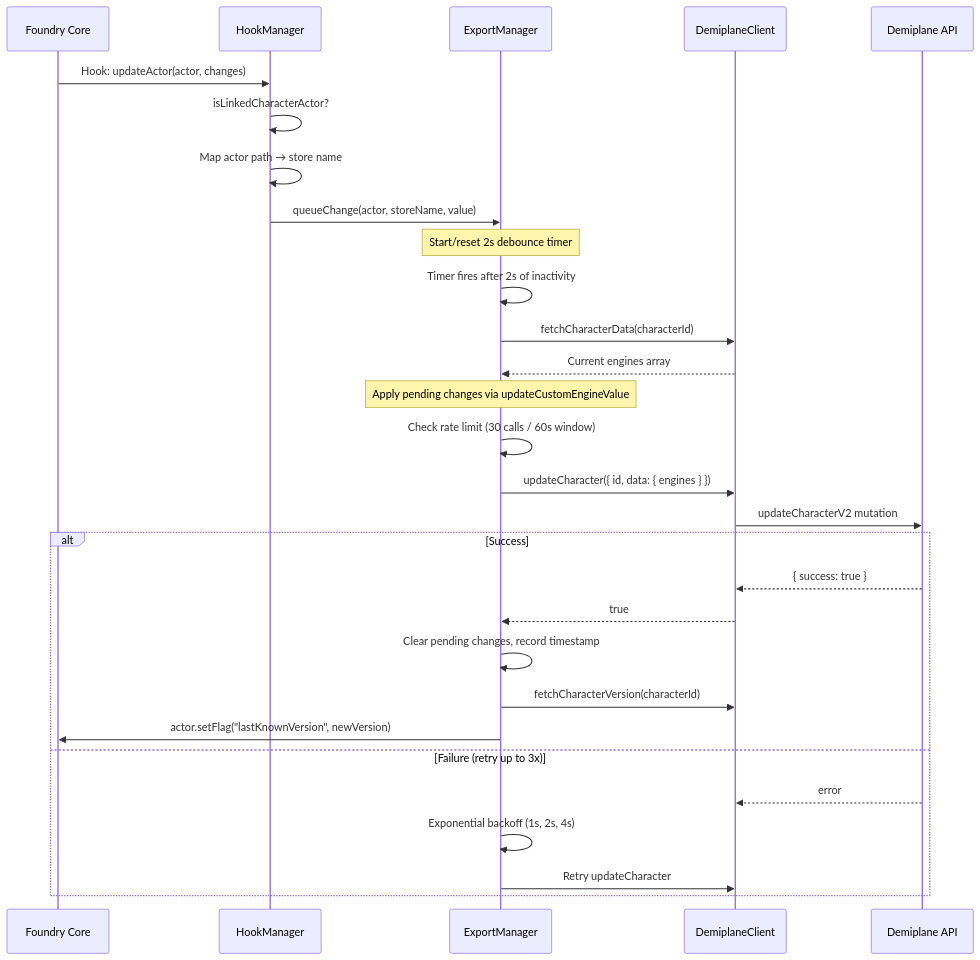
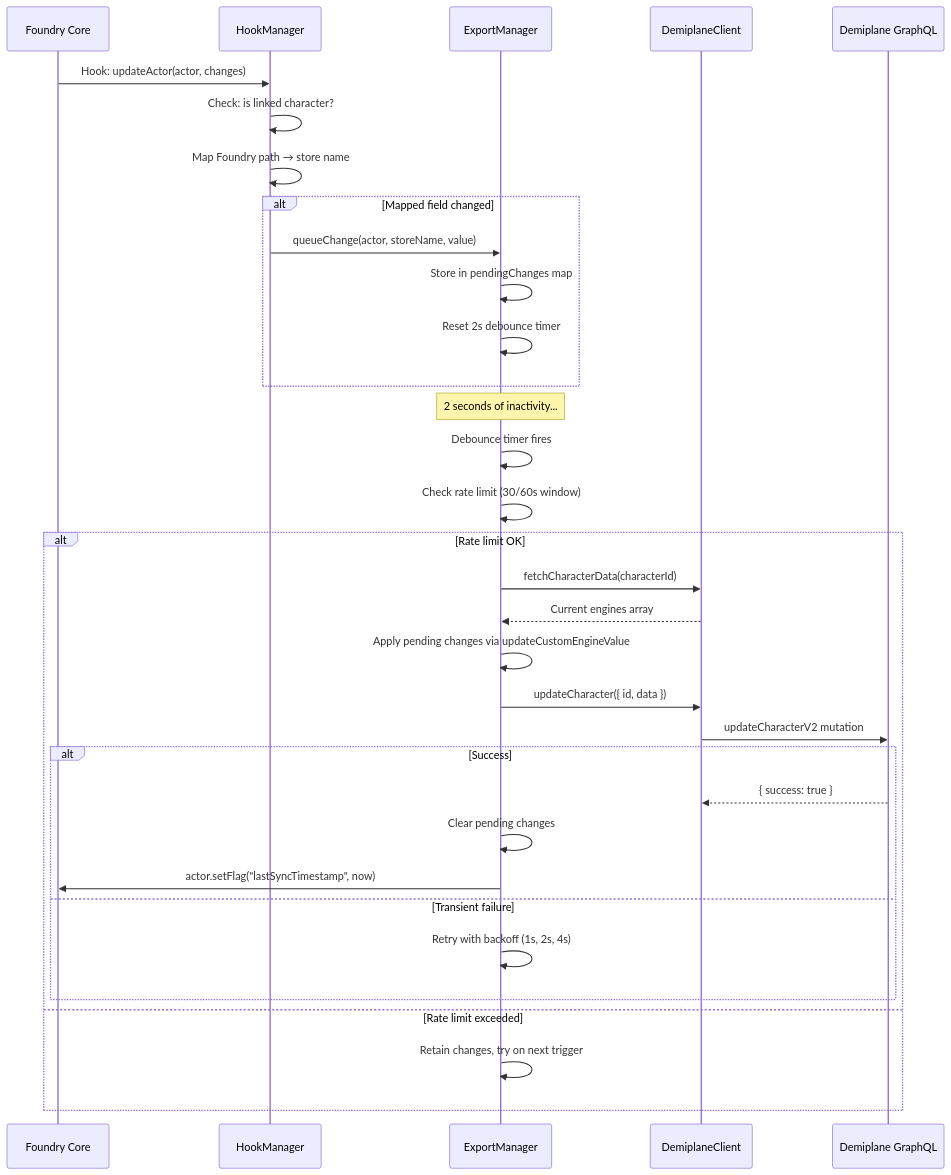
Before and after one commit to scooper4711/demiplane-pf2e: the fifth of 7 diagrams in docs/ARCHITECTURE.md, drawn with Mermaid. The commit also changed other lines of this file and 2 other files, not shown here.

Commit message:
docs: Updated architecture and design docs based on latest changes

````diff
--- a/docs/ARCHITECTURE.md
+++ b/docs/ARCHITECTURE.md
@@ -119,37 +343,42 @@
 ```mermaid
 sequenceDiagram
     participant Foundry as Foundry Core
     participant HM as HookManager
     participant EM as ExportManager
     participant DC as DemiplaneClient
-    participant API as Demiplane API
+    participant API as Demiplane GraphQL
 
     Foundry->>HM: Hook: updateActor(actor, changes)
-    HM->>HM: isLinkedCharacterActor?
-    HM->>HM: Map actor path → store name
-    HM->>EM: queueChange(actor, storeName, value)
+    HM->>HM: Check: is linked character?
+    HM->>HM: Map Foundry path → store name
 
-    Note over EM: Start/reset 2s debounce timer
+    alt Mapped field changed
+        HM->>EM: queueChange(actor, storeName, value)
+        EM->>EM: Store in pendingChanges map
+        EM->>EM: Reset 2s debounce timer
+    end
 
-    EM->>EM: Timer fires after 2s of inactivity
-    EM->>DC: fetchCharacterData(characterId)
-    DC-->>EM: Current engines array
+    Note over EM: 2 seconds of inactivity...
 
-    Note over EM: Apply pending changes via updateCustomEngineValue
+    EM->>EM: Debounce timer fires
+    EM->>EM: Check rate limit (30/60s window)
 
-    EM->>EM: Check rate limit (30 calls / 60s window)
-    EM->>DC: updateCharacter({ id, data: { engines } })
-    DC->>API: updateCharacterV2 mutation
+    alt Rate limit OK
+        EM->>DC: fetchCharacterData(characterId)
+        DC-->>EM: Current engines array
 
-    alt Success
-        API-->>DC: { success: true }
-        DC-->>EM: true
-        EM->>EM: Clear pending changes, record timestamp
-        EM->>DC: fetchCharacterVersion(characterId)
-        EM->>Foundry: actor.setFlag("lastKnownVersion", newVersion)
-    else Failure (retry up to 3x)
-        API-->>DC: error
-        EM->>EM: Exponential backoff (1s, 2s, 4s)
-        EM->>DC: Retry updateCharacter
+        EM->>EM: Apply pending changes via updateCustomEngineValue
+        EM->>DC: updateCharacter({ id, data })
+        DC->>API: updateCharacterV2 mutation
+
+        alt Success
+            API-->>DC: { success: true }
+            EM->>EM: Clear pending changes
+            EM->>Foundry: actor.setFlag("lastSyncTimestamp", now)
+        else Transient failure
+            EM->>EM: Retry with backoff (1s, 2s, 4s)
+        end
+    else Rate limit exceeded
+        EM->>EM: Retain changes, try on next trigger
     end
 ```
````
